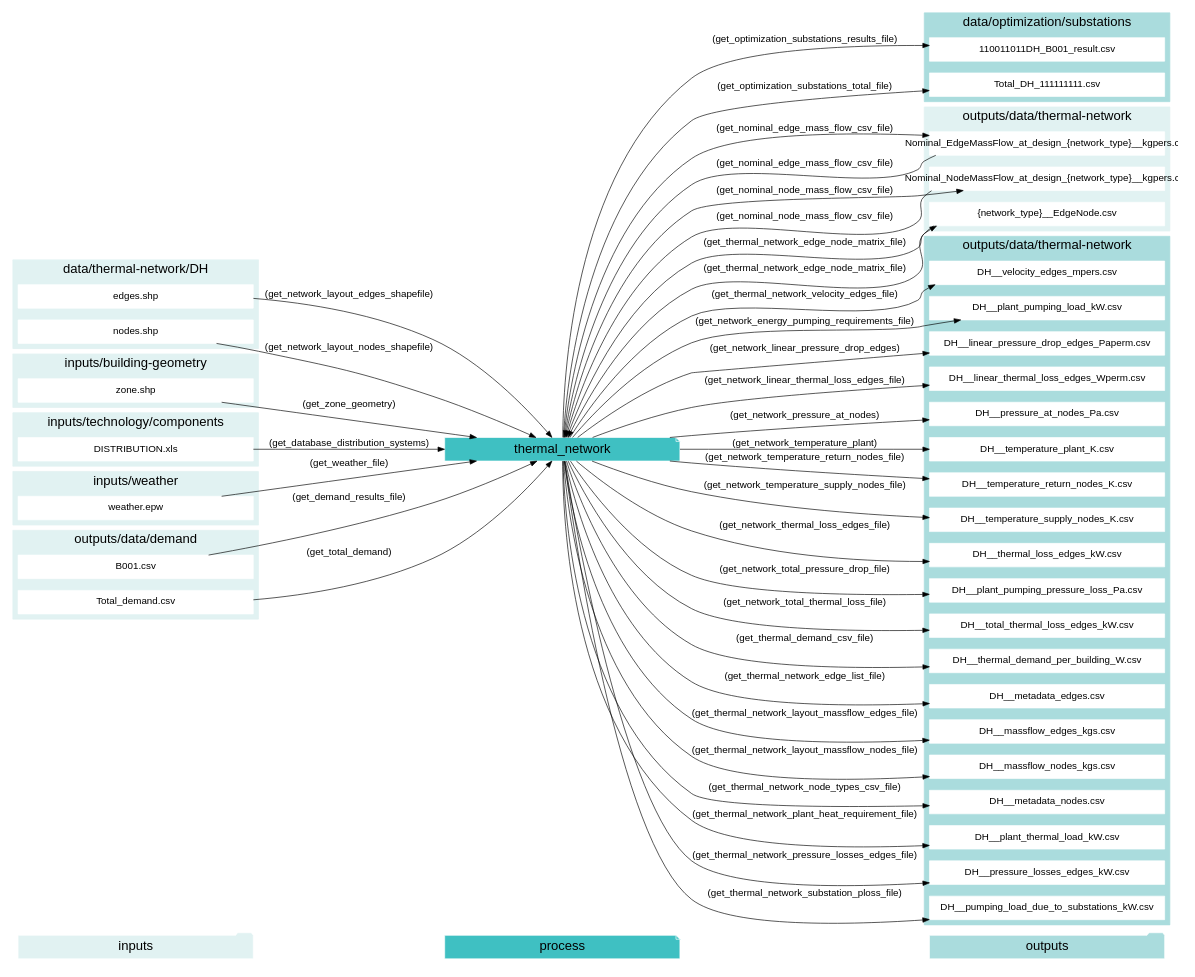
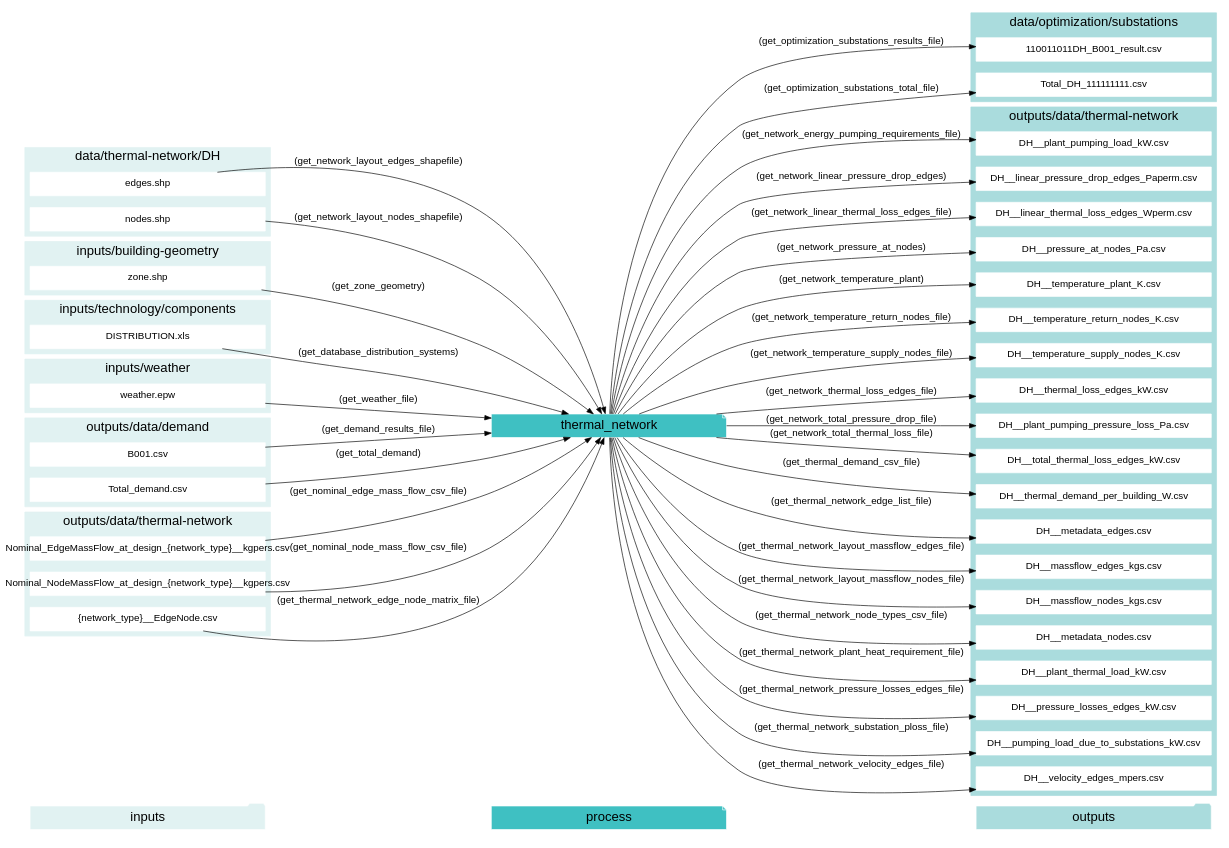
The diagram in docs/graphviz/thermal_network.gv (architecture-building-systems/CityEnergyAnalyst), drawn with Graphviz before and after one commit. The commit also changed 27 other files, not shown here.

Commit message:
graphviz script overviews now work

```diff
--- a/docs/graphviz/thermal_network.gv
+++ b/docs/graphviz/thermal_network.gv
@@ -1,141 +1,135 @@
 digraph thermal_network {
     rankdir="LR";
     graph [overlap=false, fontname=arial];
     node [shape=box, style=filled, color=white, fontsize=15, fontname=arial, fixedsize=true, width=5];
     edge [fontname=arial, fontsize = 15]
     newrank=true
     subgraph cluster_legend {
-    fontsize=25
-    style=invis
-    "process"[style=filled, fillcolor="#3FC0C2", shape=note, fontsize=20, fontname="arial"]
-    "inputs" [style=filled, shape=folder, color=white, fillcolor="#E1F2F2", fontsize=20]
-    "outputs"[style=filled, shape=folder, color=white, fillcolor="#aadcdd", fontsize=20]
-    "inputs"->"process"[style=invis]
-    "process"->"outputs"[style=invis]
+        fontsize=25
+        style=invis
+        "process"[style=filled, fillcolor="#3FC0C2", shape=note, fontsize=20, fontname="arial"]
+        "inputs" [style=filled, shape=folder, color=white, fillcolor="#E1F2F2", fontsize=20]
+        "outputs"[style=filled, shape=folder, color=white, fillcolor="#aadcdd", fontsize=20]
+        "inputs"->"process"[style=invis]
+        "process"->"outputs"[style=invis]
     }
     "thermal_network"[style=filled, color=white, fillcolor="#3FC0C2", shape=note, fontsize=20, fontname=arial];
     subgraph cluster_0_out {
         style = filled;
         color = "#aadcdd";
         fontsize = 20;
         rank=same;
         label="data/optimization/substations";
-        "110011011DH_B001_result.csv"
-        "Total_DH_111111111.csv"
+        get_optimization_substations_results_file[label="110011011DH_B001_result.csv"];
+        get_optimization_substations_total_file[label="Total_DH_111111111.csv"];
     }
     subgraph cluster_1_in {
         style = filled;
         color = "#E1F2F2";
         fontsize = 20;
         rank=same;
         label="data/thermal-network/DH";
-        "edges.shp"
-        "nodes.shp"
+        get_network_layout_edges_shapefile[label="edges.shp"];
+        get_network_layout_nodes_shapefile[label="nodes.shp"];
     }
     subgraph cluster_2_in {
         style = filled;
         color = "#E1F2F2";
         fontsize = 20;
         rank=same;
         label="inputs/building-geometry";
-        "zone.shp"
+        get_zone_geometry[label="zone.shp"];
     }
     subgraph cluster_3_in {
         style = filled;
         color = "#E1F2F2";
         fontsize = 20;
         rank=same;
         label="inputs/technology/components";
-        "DISTRIBUTION.xls"
+        get_database_distribution_systems[label="DISTRIBUTION.xls"];
     }
     subgraph cluster_4_in {
         style = filled;
         color = "#E1F2F2";
         fontsize = 20;
         rank=same;
         label="inputs/weather";
-        "weather.epw"
+        get_weather_file[label="weather.epw"];
     }
     subgraph cluster_5_in {
         style = filled;
         color = "#E1F2F2";
         fontsize = 20;
         rank=same;
         label="outputs/data/demand";
-        "B001.csv"
-        "Total_demand.csv"
+        get_demand_results_file[label="B001.csv"];
+        get_total_demand[label="Total_demand.csv"];
     }
     subgraph cluster_6_in {
         style = filled;
         color = "#E1F2F2";
         fontsize = 20;
         rank=same;
         label="outputs/data/thermal-network";
-        "Nominal_EdgeMassFlow_at_design_{network_type}__kgpers.csv"
-        "Nominal_NodeMassFlow_at_design_{network_type}__kgpers.csv"
-        "{network_type}__EdgeNode.csv"
+        get_nominal_edge_mass_flow_csv_file[label="Nominal_EdgeMassFlow_at_design_{network_type}__kgpers.csv"];
+        get_nominal_node_mass_flow_csv_file[label="Nominal_NodeMassFlow_at_design_{network_type}__kgpers.csv"];
+        get_thermal_network_edge_node_matrix_file[label="{network_type}__EdgeNode.csv"];
     }
     subgraph cluster_6_out {
         style = filled;
         color = "#aadcdd";
         fontsize = 20;
         rank=same;
         label="outputs/data/thermal-network";
-        "DH__plant_pumping_load_kW.csv"
-        "DH__linear_pressure_drop_edges_Paperm.csv"
-        "DH__linear_thermal_loss_edges_Wperm.csv"
-        "DH__pressure_at_nodes_Pa.csv"
-        "DH__temperature_plant_K.csv"
-        "DH__temperature_return_nodes_K.csv"
-        "DH__temperature_supply_nodes_K.csv"
-        "DH__thermal_loss_edges_kW.csv"
-        "DH__plant_pumping_pressure_loss_Pa.csv"
-        "DH__total_thermal_loss_edges_kW.csv"
-        "Nominal_EdgeMassFlow_at_design_{network_type}__kgpers.csv"
-        "Nominal_NodeMassFlow_at_design_{network_type}__kgpers.csv"
-        "DH__thermal_demand_per_building_W.csv"
-        "DH__metadata_edges.csv"
-        "{network_type}__EdgeNode.csv"
-        "DH__massflow_edges_kgs.csv"
-        "DH__massflow_nodes_kgs.csv"
-        "DH__metadata_nodes.csv"
-        "DH__plant_thermal_load_kW.csv"
-        "DH__pressure_losses_edges_kW.csv"
-        "DH__pumping_load_due_to_substations_kW.csv"
-        "DH__velocity_edges_mpers.csv"
+        get_network_energy_pumping_requirements_file[label="DH__plant_pumping_load_kW.csv"];
+        get_network_linear_pressure_drop_edges[label="DH__linear_pressure_drop_edges_Paperm.csv"];
+        get_network_linear_thermal_loss_edges_file[label="DH__linear_thermal_loss_edges_Wperm.csv"];
+        get_network_pressure_at_nodes[label="DH__pressure_at_nodes_Pa.csv"];
+        get_network_temperature_plant[label="DH__temperature_plant_K.csv"];
+        get_network_temperature_return_nodes_file[label="DH__temperature_return_nodes_K.csv"];
+        get_network_temperature_supply_nodes_file[label="DH__temperature_supply_nodes_K.csv"];
+        get_network_thermal_loss_edges_file[label="DH__thermal_loss_edges_kW.csv"];
+        get_network_total_pressure_drop_file[label="DH__plant_pumping_pressure_loss_Pa.csv"];
+        get_network_total_thermal_loss_file[label="DH__total_thermal_loss_edges_kW.csv"];
+        get_thermal_demand_csv_file[label="DH__thermal_demand_per_building_W.csv"];
+        get_thermal_network_edge_list_file[label="DH__metadata_edges.csv"];
+        get_thermal_network_layout_massflow_edges_file[label="DH__massflow_edges_kgs.csv"];
+        get_thermal_network_layout_massflow_nodes_file[label="DH__massflow_nodes_kgs.csv"];
+        get_thermal_network_node_types_csv_file[label="DH__metadata_nodes.csv"];
+        get_thermal_network_plant_heat_requirement_file[label="DH__plant_thermal_load_kW.csv"];
+        get_thermal_network_pressure_losses_edges_file[label="DH__pressure_losses_edges_kW.csv"];
+        get_thermal_network_substation_ploss_file[label="DH__pumping_load_due_to_substations_kW.csv"];
+        get_thermal_network_velocity_edges_file[label="DH__velocity_edges_mpers.csv"];
     }
-    "DISTRIBUTION.xls" -> "thermal_network"[label="(get_database_distribution_systems)"]
-    "B001.csv" -> "thermal_network"[label="(get_demand_results_file)"]
-    "edges.shp" -> "thermal_network"[label="(get_network_layout_edges_shapefile)"]
-    "nodes.shp" -> "thermal_network"[label="(get_network_layout_nodes_shapefile)"]
-    "Nominal_EdgeMassFlow_at_design_{network_type}__kgpers.csv" -> "thermal_network"[label="(get_nominal_edge_mass_flow_csv_file)"]
-    "Nominal_NodeMassFlow_at_design_{network_type}__kgpers.csv" -> "thermal_network"[label="(get_nominal_node_mass_flow_csv_file)"]
-    "{network_type}__EdgeNode.csv" -> "thermal_network"[label="(get_thermal_network_edge_node_matrix_file)"]
-    "Total_demand.csv" -> "thermal_network"[label="(get_total_demand)"]
-    "weather.epw" -> "thermal_network"[label="(get_weather_file)"]
-    "zone.shp" -> "thermal_network"[label="(get_zone_geometry)"]
-    "thermal_network" -> "DH__plant_pumping_load_kW.csv"[label="(get_network_energy_pumping_requirements_file)"]
-    "thermal_network" -> "DH__linear_pressure_drop_edges_Paperm.csv"[label="(get_network_linear_pressure_drop_edges)"]
-    "thermal_network" -> "DH__linear_thermal_loss_edges_Wperm.csv"[label="(get_network_linear_thermal_loss_edges_file)"]
-    "thermal_network" -> "DH__pressure_at_nodes_Pa.csv"[label="(get_network_pressure_at_nodes)"]
-    "thermal_network" -> "DH__temperature_plant_K.csv"[label="(get_network_temperature_plant)"]
-    "thermal_network" -> "DH__temperature_return_nodes_K.csv"[label="(get_network_temperature_return_nodes_file)"]
-    "thermal_network" -> "DH__temperature_supply_nodes_K.csv"[label="(get_network_temperature_supply_nodes_file)"]
-    "thermal_network" -> "DH__thermal_loss_edges_kW.csv"[label="(get_network_thermal_loss_edges_file)"]
-    "thermal_network" -> "DH__plant_pumping_pressure_loss_Pa.csv"[label="(get_network_total_pressure_drop_file)"]
-    "thermal_network" -> "DH__total_thermal_loss_edges_kW.csv"[label="(get_network_total_thermal_loss_file)"]
-    "thermal_network" -> "Nominal_EdgeMassFlow_at_design_{network_type}__kgpers.csv"[label="(get_nominal_edge_mass_flow_csv_file)"]
-    "thermal_network" -> "Nominal_NodeMassFlow_at_design_{network_type}__kgpers.csv"[label="(get_nominal_node_mass_flow_csv_file)"]
-    "thermal_network" -> "110011011DH_B001_result.csv"[label="(get_optimization_substations_results_file)"]
-    "thermal_network" -> "Total_DH_111111111.csv"[label="(get_optimization_substations_total_file)"]
-    "thermal_network" -> "DH__thermal_demand_per_building_W.csv"[label="(get_thermal_demand_csv_file)"]
-    "thermal_network" -> "DH__metadata_edges.csv"[label="(get_thermal_network_edge_list_file)"]
-    "thermal_network" -> "{network_type}__EdgeNode.csv"[label="(get_thermal_network_edge_node_matrix_file)"]
-    "thermal_network" -> "DH__massflow_edges_kgs.csv"[label="(get_thermal_network_layout_massflow_edges_file)"]
-    "thermal_network" -> "DH__massflow_nodes_kgs.csv"[label="(get_thermal_network_layout_massflow_nodes_file)"]
-    "thermal_network" -> "DH__metadata_nodes.csv"[label="(get_thermal_network_node_types_csv_file)"]
-    "thermal_network" -> "DH__plant_thermal_load_kW.csv"[label="(get_thermal_network_plant_heat_requirement_file)"]
-    "thermal_network" -> "DH__pressure_losses_edges_kW.csv"[label="(get_thermal_network_pressure_losses_edges_file)"]
-    "thermal_network" -> "DH__pumping_load_due_to_substations_kW.csv"[label="(get_thermal_network_substation_ploss_file)"]
-    "thermal_network" -> "DH__velocity_edges_mpers.csv"[label="(get_thermal_network_velocity_edges_file)"]
+    get_database_distribution_systems -> "thermal_network"[label="(get_database_distribution_systems)"];
+    get_demand_results_file -> "thermal_network"[label="(get_demand_results_file)"];
+    get_network_layout_edges_shapefile -> "thermal_network"[label="(get_network_layout_edges_shapefile)"];
+    get_network_layout_nodes_shapefile -> "thermal_network"[label="(get_network_layout_nodes_shapefile)"];
+    get_nominal_edge_mass_flow_csv_file -> "thermal_network"[label="(get_nominal_edge_mass_flow_csv_file)"];
+    get_nominal_node_mass_flow_csv_file -> "thermal_network"[label="(get_nominal_node_mass_flow_csv_file)"];
+    get_thermal_network_edge_node_matrix_file -> "thermal_network"[label="(get_thermal_network_edge_node_matrix_file)"];
+    get_total_demand -> "thermal_network"[label="(get_total_demand)"];
+    get_weather_file -> "thermal_network"[label="(get_weather_file)"];
+    get_zone_geometry -> "thermal_network"[label="(get_zone_geometry)"];
+    "thermal_network" -> get_network_energy_pumping_requirements_file[label="(get_network_energy_pumping_requirements_file)"];
+    "thermal_network" -> get_network_linear_pressure_drop_edges[label="(get_network_linear_pressure_drop_edges)"];
+    "thermal_network" -> get_network_linear_thermal_loss_edges_file[label="(get_network_linear_thermal_loss_edges_file)"];
+    "thermal_network" -> get_network_pressure_at_nodes[label="(get_network_pressure_at_nodes)"];
+    "thermal_network" -> get_network_temperature_plant[label="(get_network_temperature_plant)"];
+    "thermal_network" -> get_network_temperature_return_nodes_file[label="(get_network_temperature_return_nodes_file)"];
+    "thermal_network" -> get_network_temperature_supply_nodes_file[label="(get_network_temperature_supply_nodes_file)"];
+    "thermal_network" -> get_network_thermal_loss_edges_file[label="(get_network_thermal_loss_edges_file)"];
+    "thermal_network" -> get_network_total_pressure_drop_file[label="(get_network_total_pressure_drop_file)"];
+    "thermal_network" -> get_network_total_thermal_loss_file[label="(get_network_total_thermal_loss_file)"];
+    "thermal_network" -> get_optimization_substations_results_file[label="(get_optimization_substations_results_file)"];
+    "thermal_network" -> get_optimization_substations_total_file[label="(get_optimization_substations_total_file)"];
+    "thermal_network" -> get_thermal_demand_csv_file[label="(get_thermal_demand_csv_file)"];
+    "thermal_network" -> get_thermal_network_edge_list_file[label="(get_thermal_network_edge_list_file)"];
+    "thermal_network" -> get_thermal_network_layout_massflow_edges_file[label="(get_thermal_network_layout_massflow_edges_file)"];
+    "thermal_network" -> get_thermal_network_layout_massflow_nodes_file[label="(get_thermal_network_layout_massflow_nodes_file)"];
+    "thermal_network" -> get_thermal_network_node_types_csv_file[label="(get_thermal_network_node_types_csv_file)"];
+    "thermal_network" -> get_thermal_network_plant_heat_requirement_file[label="(get_thermal_network_plant_heat_requirement_file)"];
+    "thermal_network" -> get_thermal_network_pressure_losses_edges_file[label="(get_thermal_network_pressure_losses_edges_file)"];
+    "thermal_network" -> get_thermal_network_substation_ploss_file[label="(get_thermal_network_substation_ploss_file)"];
+    "thermal_network" -> get_thermal_network_velocity_edges_file[label="(get_thermal_network_velocity_edges_file)"];
     }
```
